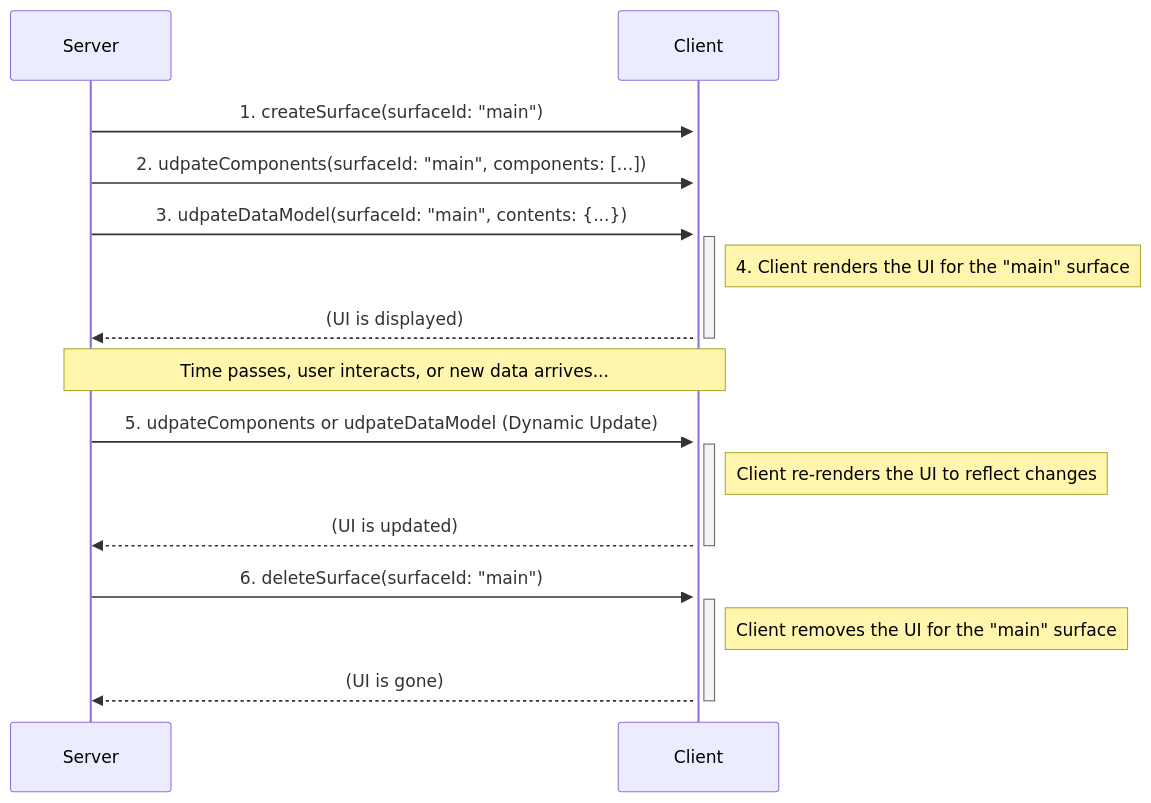
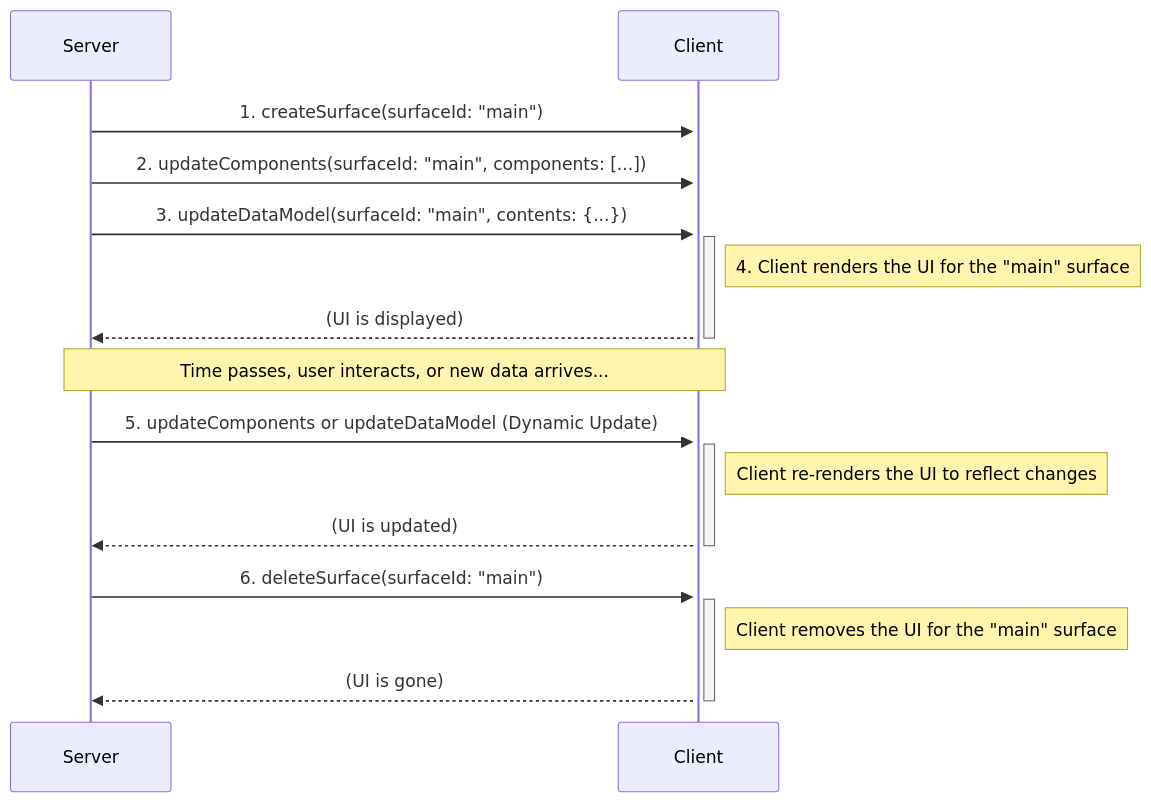
One commit to google/A2UI changed the first of 2 diagrams in specification/0.9/docs/a2ui_protocol.md. Above: the diagram before and after it, drawn with Mermaid. The commit also changed other lines of this file and 7 other files, not shown here.

````diff
--- a/specification/0.9/docs/a2ui_protocol.md
+++ b/specification/0.9/docs/a2ui_protocol.md
@@ -57,21 +57,21 @@
 ```mermaid
 sequenceDiagram
     participant Server
     participant Client
 
     Server->>+Client: 1. createSurface(surfaceId: "main")
-    Server->>+Client: 2. udpateComponents(surfaceId: "main", components: [...])
-    Server->>+Client: 3. udpateDataModel(surfaceId: "main", contents: {...})
+    Server->>+Client: 2. updateComponents(surfaceId: "main", components: [...])
+    Server->>+Client: 3. updateDataModel(surfaceId: "main", contents: {...})
     Note right of Client: 4. Client renders the UI for the "main" surface
     Client-->>-Server: (UI is displayed)
 
     Note over Client, Server: Time passes, user interacts, or new data arrives...
 
-    Server->>+Client: 5. udpateComponents or udpateDataModel (Dynamic Update)
+    Server->>+Client: 5. updateComponents or updateDataModel (Dynamic Update)
     Note right of Client: Client re-renders the UI to reflect changes
     Client-->>-Server: (UI is updated)
 
     Server->>+Client: 6. deleteSurface(surfaceId: "main")
     Note right of Client: Client removes the UI for the "main" surface
     Client-->>-Server: (UI is gone)
 ```
````
